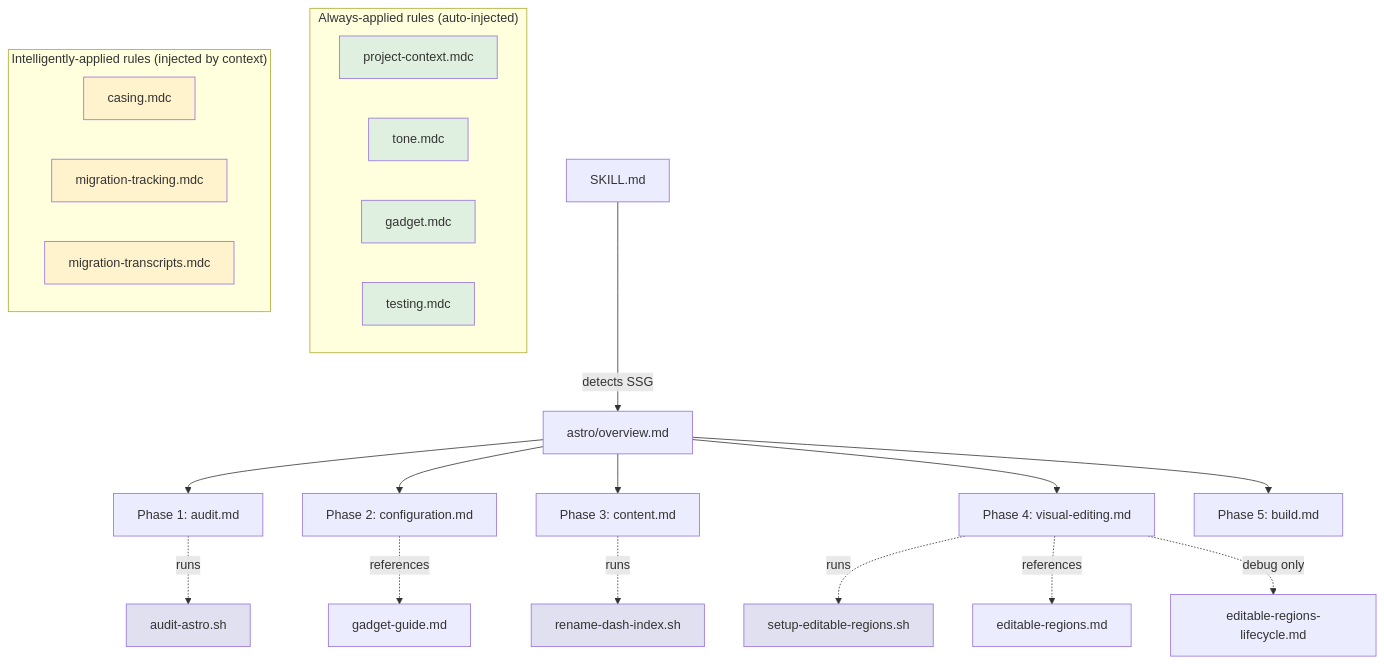
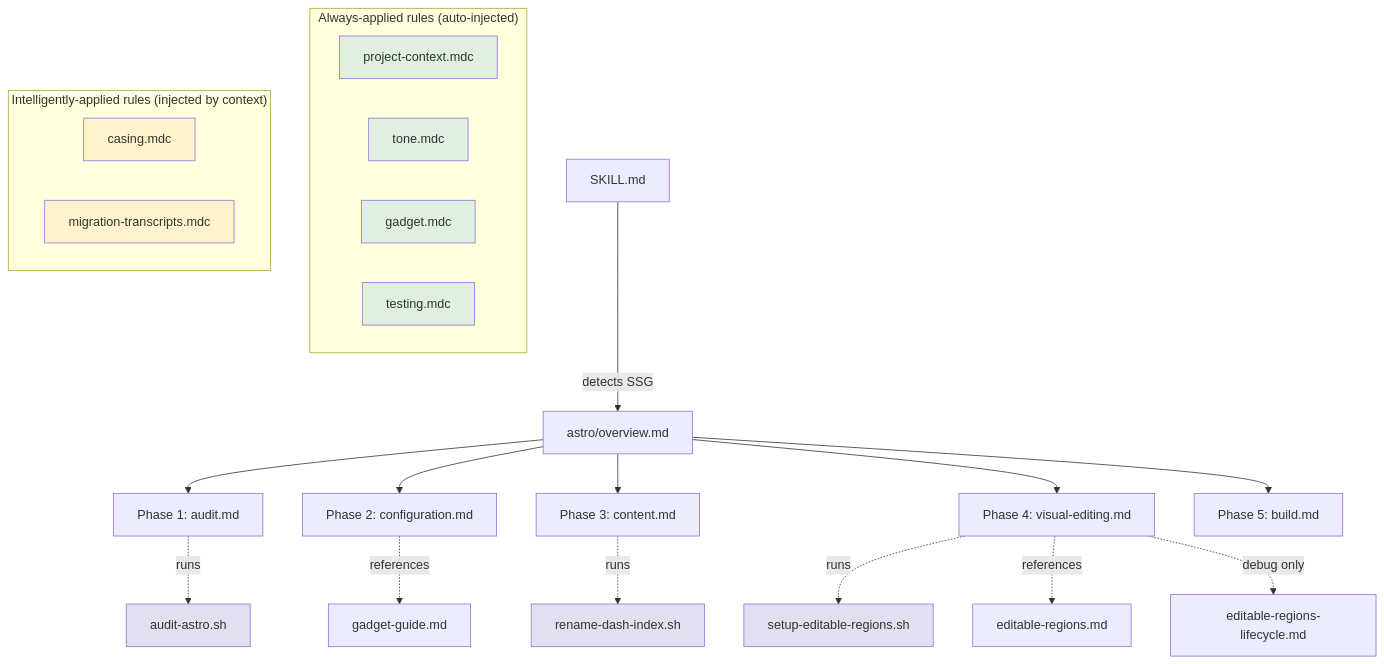
One commit to tomrcc/agent-tooling changed the diagram in README.md. Above: the diagram before and after it, drawn with Mermaid. The commit also changed other lines of this file and 4 other files, not shown here.

````diff
--- a/README.md
+++ b/README.md
@@ -67,41 +60,39 @@
 ```mermaid
 flowchart TD
     subgraph "Always-applied rules (auto-injected)"
         R1[project-context.mdc]
         R2[tone.mdc]
         R3[gadget.mdc]
         R4[testing.mdc]
     end
 
     subgraph "Intelligently-applied rules (injected by context)"
         R5[casing.mdc]
-        R6[migration-tracking.mdc]
         R7[migration-transcripts.mdc]
     end
 
     SKILL[SKILL.md] -->|detects SSG| OV[astro/overview.md]
 
     OV --> P1[Phase 1: audit.md]
     OV --> P2[Phase 2: configuration.md]
     OV --> P3[Phase 3: content.md]
     OV --> P4[Phase 4: visual-editing.md]
     OV --> P5[Phase 5: build.md]
 
     P1 -.->|runs| S1[audit-astro.sh]
     P2 -.->|references| GG[gadget-guide.md]
     P3 -.->|runs| S2[rename-dash-index.sh]
     P4 -.->|runs| S3[setup-editable-regions.sh]
     P4 -.->|references| ER[editable-regions.md]
     P4 -.->|debug only| ERL[editable-regions-lifecycle.md]
 
     style R1 fill:#e0f0e0
     style R2 fill:#e0f0e0
     style R3 fill:#e0f0e0
     style R4 fill:#e0f0e0
     style R5 fill:#fff3cd
-    style R6 fill:#fff3cd
     style R7 fill:#fff3cd
     style S1 fill:#e0e0f0
     style S2 fill:#e0e0f0
     style S3 fill:#e0e0f0
 ```
````
